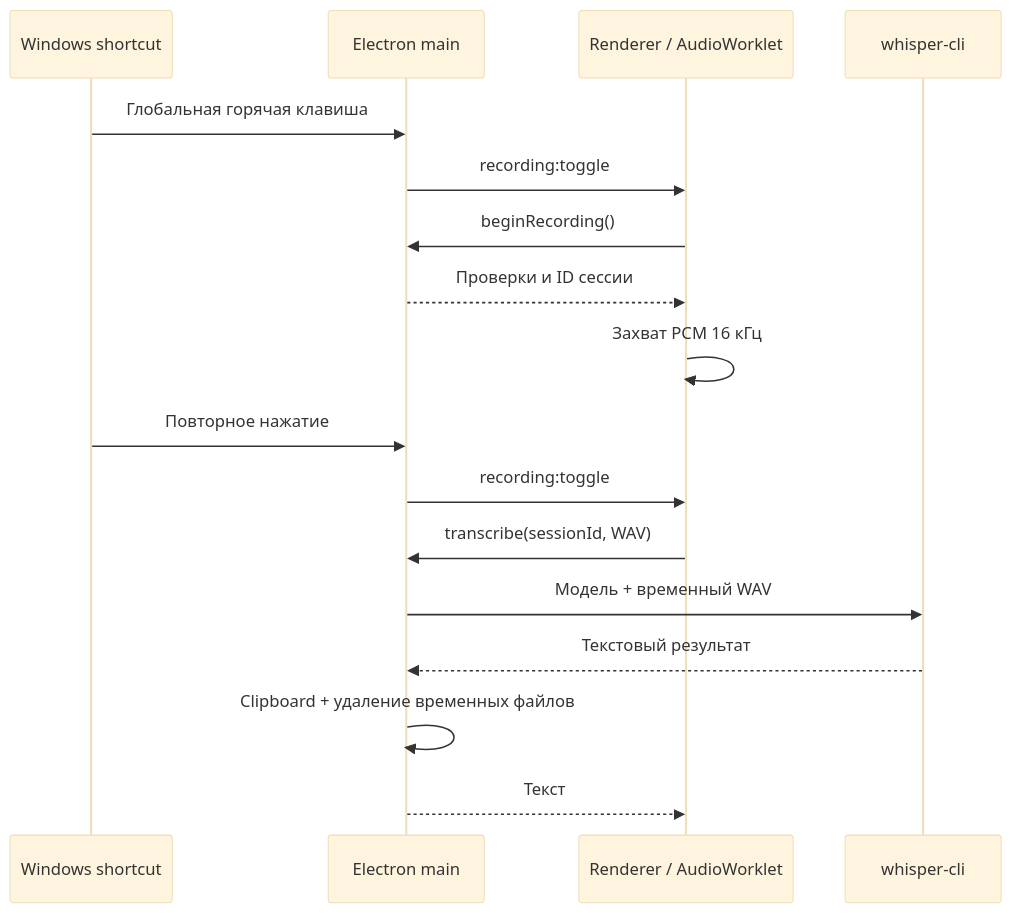
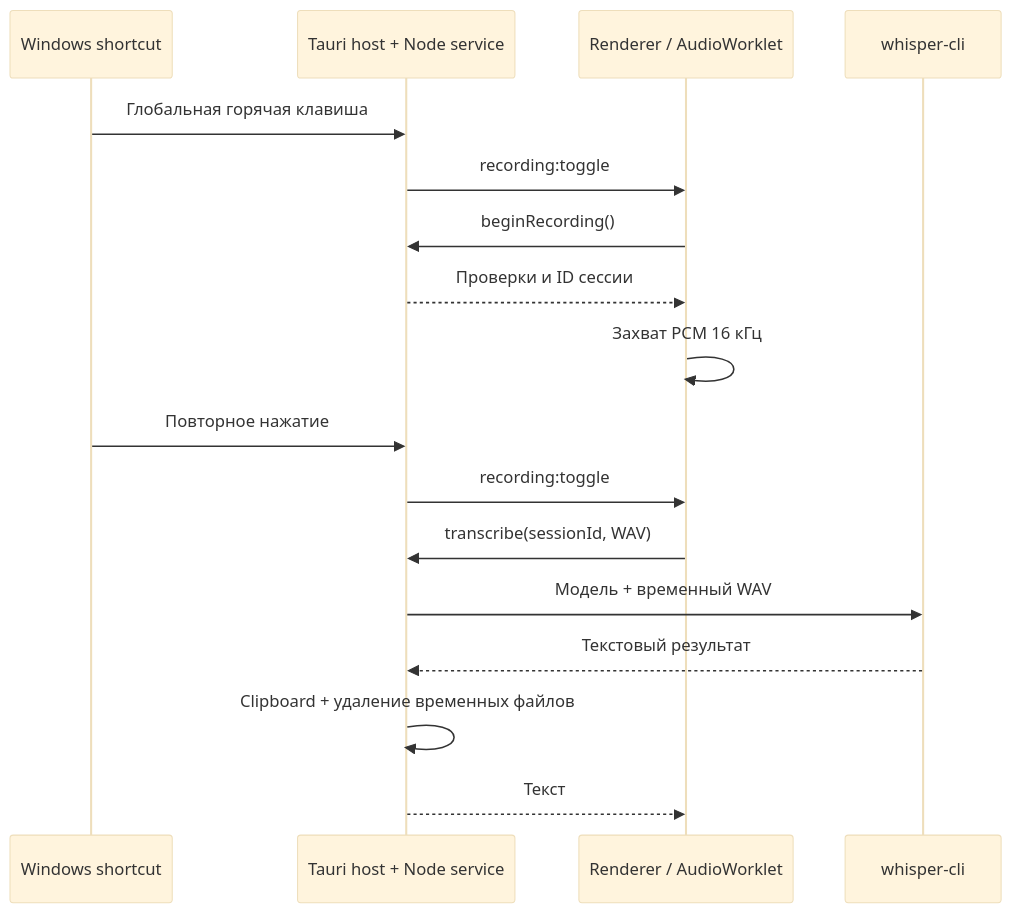
The diagram in docs/architecture.md (AKDworks/Vokeyra), drawn with Mermaid (base theme) before and after one commit. The commit also changed other lines of this file and 85 other files, not shown here.

````diff
--- a/docs/architecture.md
+++ b/docs/architecture.md
@@ -43,19 +44,19 @@
 ```mermaid
 sequenceDiagram
   participant OS as Windows shortcut
-  participant Main as Electron main
+  participant Main as Tauri host + Node service
   participant UI as Renderer / AudioWorklet
   participant Engine as whisper-cli
   OS->>Main: Глобальная горячая клавиша
   Main->>UI: recording:toggle
   UI->>Main: beginRecording()
   Main-->>UI: Проверки и ID сессии
   UI->>UI: Захват PCM 16 кГц
   OS->>Main: Повторное нажатие
   Main->>UI: recording:toggle
   UI->>Main: transcribe(sessionId, WAV)
   Main->>Engine: Модель + временный WAV
   Engine-->>Main: Текстовый результат
   Main->>Main: Clipboard + удаление временных файлов
   Main-->>UI: Текст
 ```
````
